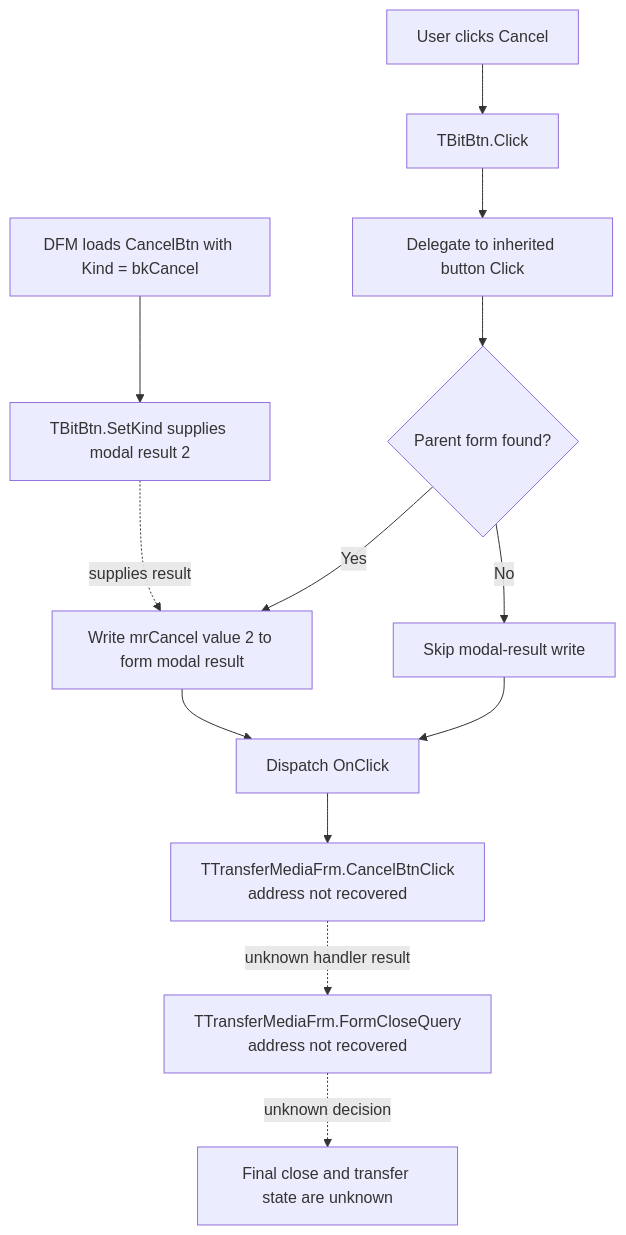
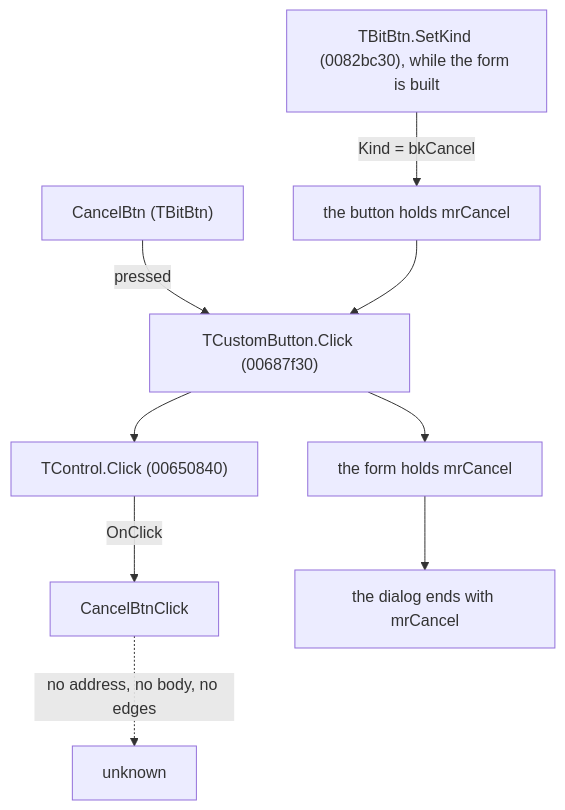
The diagram in docs/ui-controls/transfermediafrm/cancelbtn-3596d8eadc.md (MovGP0/TIARA), drawn with Mermaid before and after one commit. The commit also changed other lines of this file and 106 other files, not shown here.

````diff
--- a/docs/ui-controls/transfermediafrm/cancelbtn-3596d8eadc.md
+++ b/docs/ui-controls/transfermediafrm/cancelbtn-3596d8eadc.md
@@ -50,15 +31,14 @@
 ```mermaid
 flowchart TD
-    resource["DFM loads CancelBtn with Kind = bkCancel"] --> kindSetter["TBitBtn.SetKind supplies modal result 2"]
-    click["User clicks Cancel"] --> bitClick["TBitBtn.Click"]
-    bitClick --> inherited["Delegate to inherited button Click"]
-    inherited --> parent{"Parent form found?"}
-    parent -->|Yes| request["Write mrCancel value 2 to form modal result"]
-    parent -->|No| noRequest["Skip modal-result write"]
-    request --> dispatch["Dispatch OnClick"]
-    noRequest --> dispatch
-    kindSetter -. "supplies result" .-> request
-    dispatch --> custom["TTransferMediaFrm.CancelBtnClick<br/>address not recovered"]
-    custom -. "unknown handler result" .-> closeQuery["TTransferMediaFrm.FormCloseQuery<br/>address not recovered"]
-    closeQuery -. "unknown decision" .-> outcome["Final close and transfer state are unknown"]
+    control["CancelBtn (TBitBtn)"]
+    handler["CancelBtnClick"]
+    setkind["TBitBtn.SetKind (0082bc30), while the form is built"]
+    setkind -->|"Kind = bkCancel"| held["the button holds mrCancel"]
+    control -->|"pressed"| press["TCustomButton.Click (00687f30)"]
+    held --> press
+    press --> onform["the form holds mrCancel"]
+    press --> dispatch["TControl.Click (00650840)"]
+    dispatch -->|"OnClick"| handler
+    onform --> close["the dialog ends with mrCancel"]
+    handler -.->|"no address, no body, no edges"| gone["unknown"]
 ```
````
